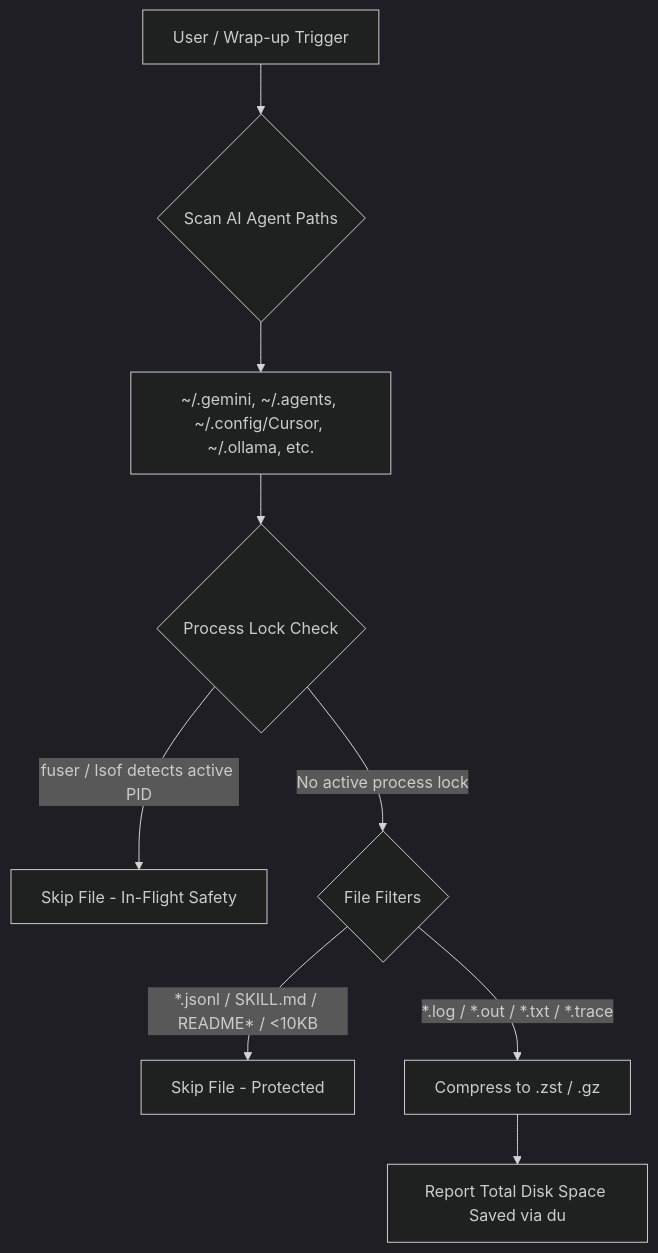
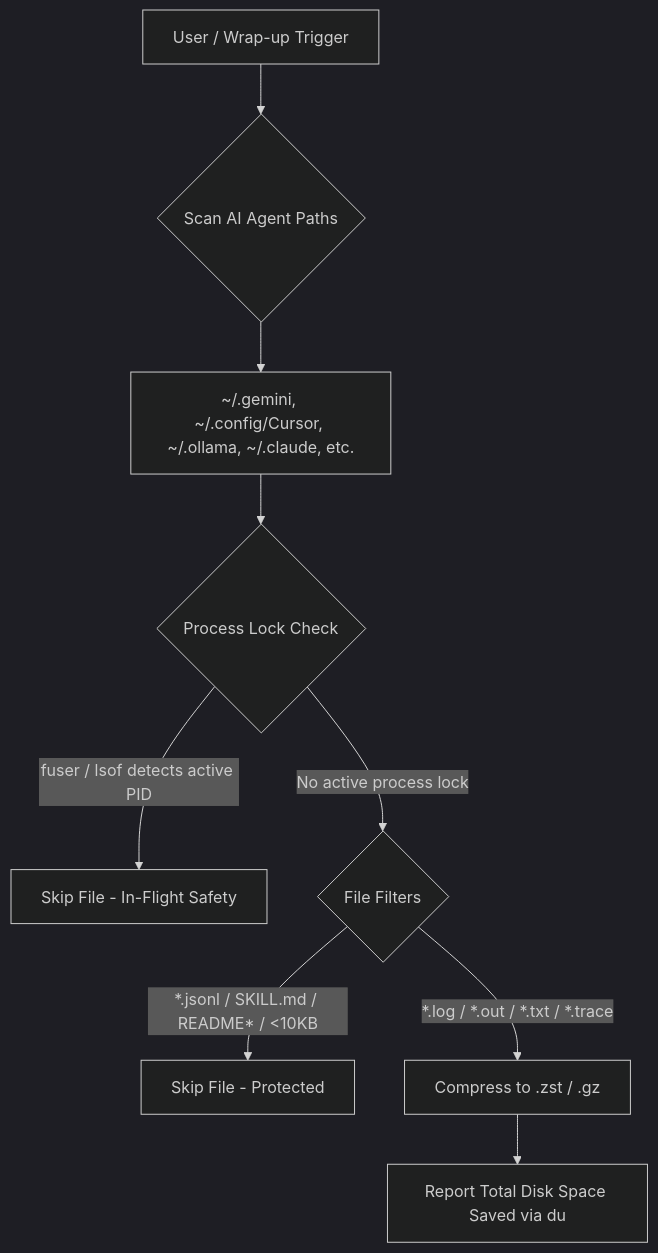
Before and after one commit to sebin-gg/zlog: the diagram in README.md, drawn with Mermaid (dark theme). The commit also changed other lines of this file and 1 other file, not shown here.

Commit message:
refactor: remove .agents, .continue, .aider, .codeium, .openhands, and huggingface paths v13.0

````diff
--- a/README.md
+++ b/README.md
@@ -57,11 +57,11 @@
 ```mermaid
 graph TD
     A["User / Wrap-up Trigger"] --> B{"Scan AI Agent Paths"}
-    B --> C["~/.gemini, ~/.agents, ~/.config/Cursor, ~/.ollama, etc."]
+    B --> C["~/.gemini, ~/.config/Cursor, ~/.ollama, ~/.claude, etc."]
     C --> D{"Process Lock Check"}
     D -- "fuser / lsof detects active PID" --> E["Skip File - In-Flight Safety"]
     D -- "No active process lock" --> F{"File Filters"}
     F -- "*.jsonl / SKILL.md / README* / <10KB" --> G["Skip File - Protected"]
     F -- "*.log / *.out / *.txt / *.trace" --> H["Compress to .zst / .gz"]
     H --> I["Report Total Disk Space Saved via du"]
 ```
````
